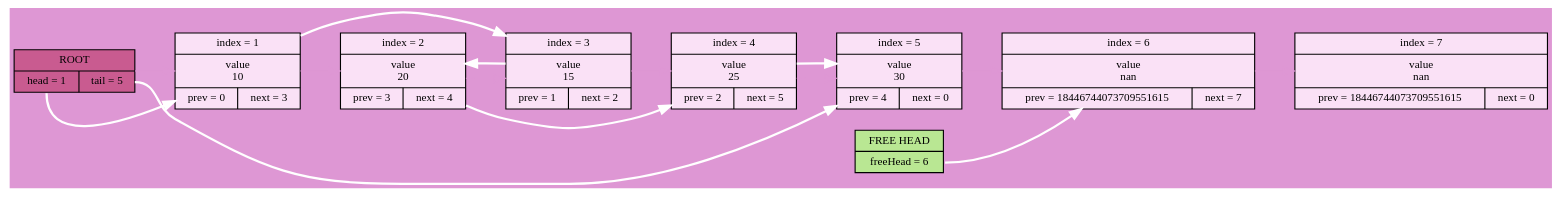
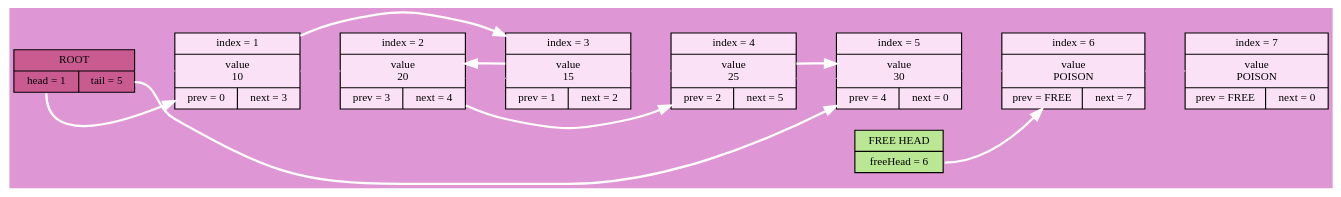
The diagram in log/dot/iter3.dot (Wool5443/LinkedList), drawn with Graphviz before and after one commit. The commit also changed 38 other files, not shown here.

```diff
--- a/log/dot/iter3.dot
+++ b/log/dot/iter3.dot
@@ -1,20 +1,20 @@
 digraph
 {
 rankdir = LR;
 node[shape = record, color = "#000000", fontname = "Fira Code Bold", fontsize = 10];
 bgcolor = "#de97d4";
 ROOT[style = "filled", fillcolor = "#c95b90", label = "ROOT|{<head>head = 1|<tail>tail = 5}"];
 FREE_HEAD[style = "filled", fillcolor = "#b9e793", label = "FREE HEAD|<freeHead>freeHead = 6"];
 CELL_1[style = "filled", fillcolor = "#fae1f6", label = "index = 1|value\n10|{prev = 0|next = 3}"];
 CELL_2[style = "filled", fillcolor = "#fae1f6", label = "index = 2|value\n20|{prev = 3|next = 4}"];
 CELL_3[style = "filled", fillcolor = "#fae1f6", label = "index = 3|value\n15|{prev = 1|next = 2}"];
 CELL_4[style = "filled", fillcolor = "#fae1f6", label = "index = 4|value\n25|{prev = 2|next = 5}"];
 CELL_5[style = "filled", fillcolor = "#fae1f6", label = "index = 5|value\n30|{prev = 4|next = 0}"];
-CELL_6[style = "filled", fillcolor = "#fae1f6", label = "index = 6|value\nnan|{prev = 18446744073709551615|next = 7}"];
-CELL_7[style = "filled", fillcolor = "#fae1f6", label = "index = 7|value\nnan|{prev = 18446744073709551615|next = 0}"];
+CELL_6[style = "filled", fillcolor = "#fae1f6", label = "index = 6|value\nPOISON|{prev = FREE|next = 7}"];
+CELL_7[style = "filled", fillcolor = "#fae1f6", label = "index = 7|value\nPOISON|{prev = FREE|next = 0}"];
 ROOT->CELL_1->CELL_2->CELL_3->CELL_4->CELL_5->CELL_6->CELL_7 [weight = 1000000000, color = "#de97d4"];
 ROOT:head->CELL_1 [style = "bold", color = white];
 ROOT:tail->CELL_5 [style = "bold", color = white];
 CELL_1->CELL_3->CELL_2->CELL_4->CELL_5[style = "bold", color = white];
 FREE_HEAD:freeHead->CELL_6[style = "bold", color = white];
 }
```
